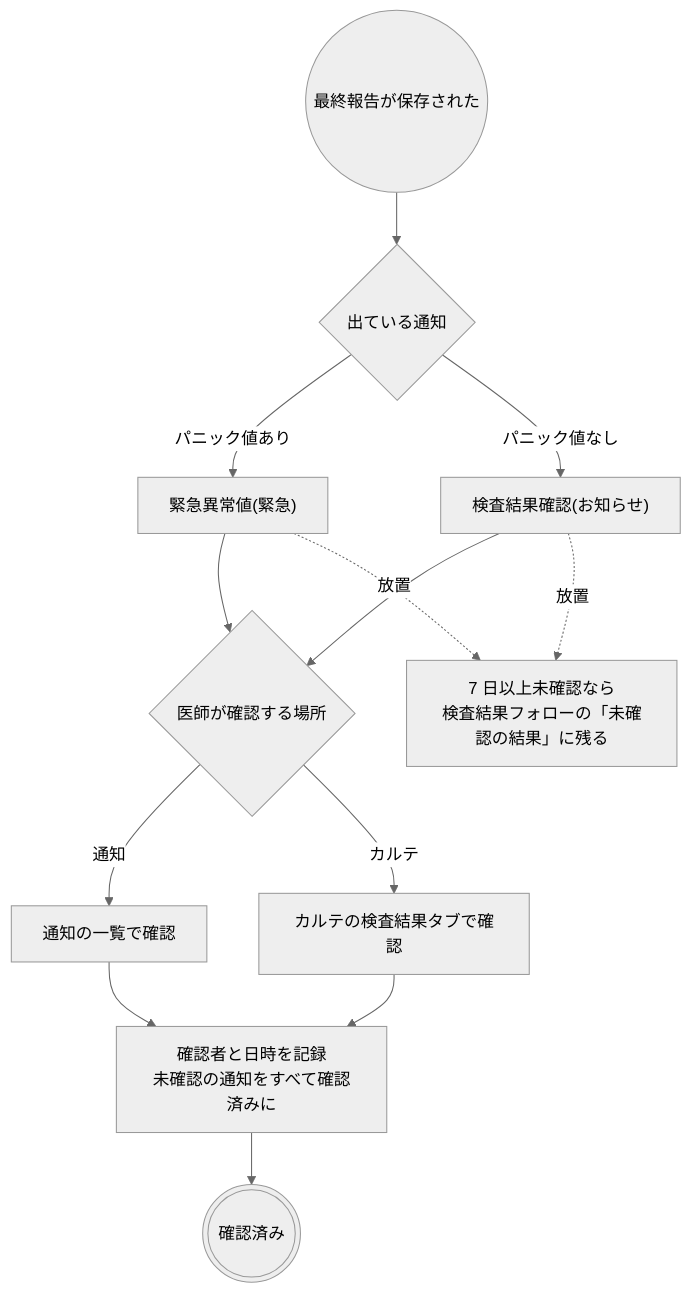
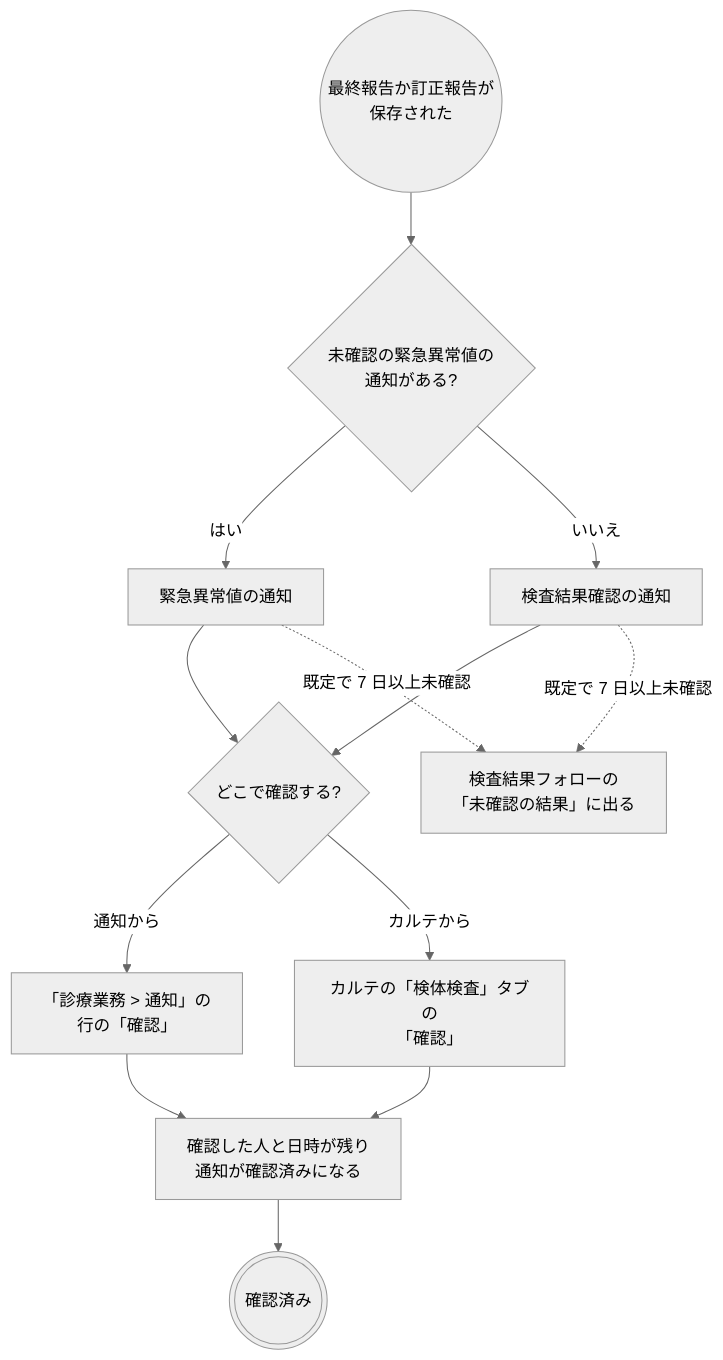
The sixth of 6 diagrams in docs/flows/lab.md (ysnr-dev/fhir-client-docs), drawn with Mermaid (neutral theme) before and after one commit. The commit also changed other lines of this file and 43 other files, not shown here.

Commit message:
docs: 業務フローとシーケンス図を写し直し

````diff
--- a/docs/flows/lab.md
+++ b/docs/flows/lab.md
@@ -228,22 +297,22 @@
 ```mermaid
 flowchart TD
-  saved(("最終報告が保存された"))
-  which{"出ている通知"}
-  panicNotice["緊急異常値(緊急)"]
-  reviewNotice["検査結果確認(お知らせ)"]
-  where{"医師が確認する場所"}
-  fromList["通知の一覧で確認"]
-  fromKarte["カルテの検査結果タブで確認"]
-  recorded["確認者と日時を記録<br/>未確認の通知をすべて確認済みに"]
-  stale["7 日以上未確認なら<br/>検査結果フォローの「未確認の結果」に残る"]
+  saved(("最終報告か訂正報告が<br/>保存された"))
+  which{"未確認の緊急異常値の<br/>通知がある?"}
+  panicNotice["緊急異常値の通知"]
+  reviewNotice["検査結果確認の通知"]
+  where{"どこで確認する?"}
+  fromList["「診療業務 > 通知」の<br/>行の「確認」"]
+  fromKarte["カルテの「検体検査」タブの<br/>「確認」"]
+  recorded["確認した人と日時が残り<br/>通知が確認済みになる"]
+  stale["検査結果フォローの<br/>「未確認の結果」に出る"]
   done((("確認済み")))
 
   saved --> which
-  which -- "パニック値あり" --> panicNotice --> where
-  which -- "パニック値なし" --> reviewNotice --> where
-  where -- "通知" --> fromList --> recorded
-  where -- "カルテ" --> fromKarte --> recorded
+  which -- "はい" --> panicNotice --> where
+  which -- "いいえ" --> reviewNotice --> where
+  where -- "通知から" --> fromList --> recorded
+  where -- "カルテから" --> fromKarte --> recorded
   recorded --> done
-  reviewNotice -. "放置" .-> stale
-  panicNotice -. "放置" .-> stale
+  reviewNotice -. "既定で 7 日以上未確認" .-> stale
+  panicNotice -. "既定で 7 日以上未確認" .-> stale
 ```
````
